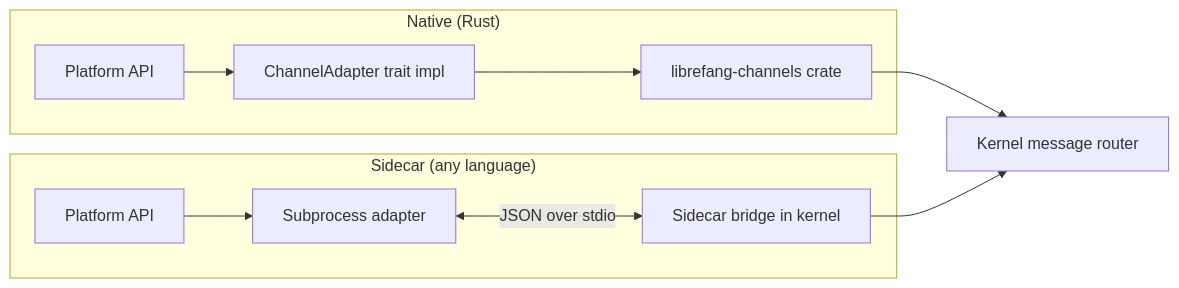
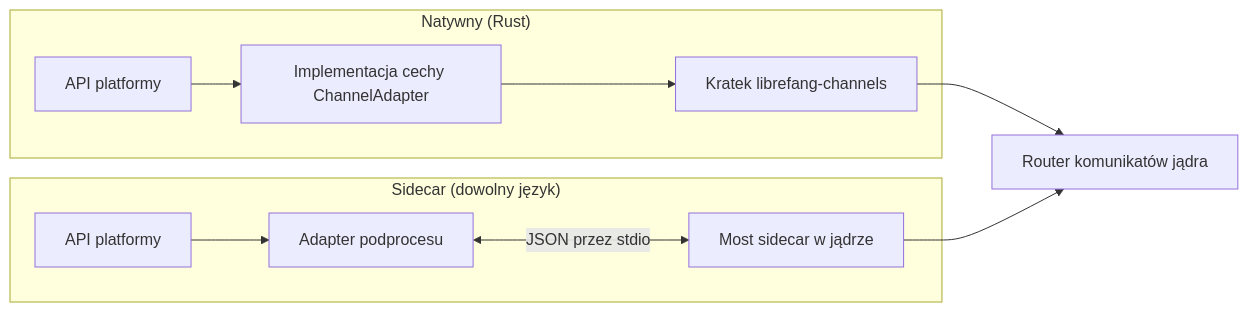
Before and after one commit to leszek3737/librefang-WIki: the diagram in examples.md, drawn with Mermaid. The commit also changed other lines of this file and 104 other files, not shown here.

````diff
--- a/examples.md
+++ b/examples.md
@@ -99,13 +99,13 @@
 ```mermaid
 flowchart LR
-    subgraph Native["Native (Rust)"]
-        A[Platform API] --> B[ChannelAdapter trait impl]
-        B --> C[librefang-channels crate]
+    subgraph Native["Natywny (Rust)"]
+        A[API platformy] --> B[Implementacja cechy ChannelAdapter]
+        B --> C[Kratek librefang-channels]
     end
-    subgraph Sidecar["Sidecar (any language)"]
-        D[Platform API] --> E[Subprocess adapter]
-        E <-- "JSON over stdio" --> F[Sidecar bridge in kernel]
+    subgraph Sidecar["Sidecar (dowolny język)"]
+        D[API platformy] --> E[Adapter podprocesu]
+        E <-- "JSON przez stdio" --> F[Most sidecar w jądrze]
     end
-    C --> G[Kernel message router]
+    C --> G[Router komunikatów jądra]
     F --> G
 ```
````
